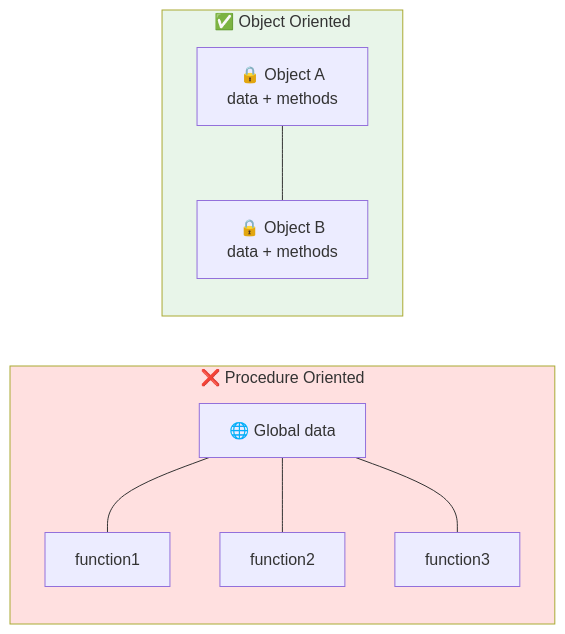
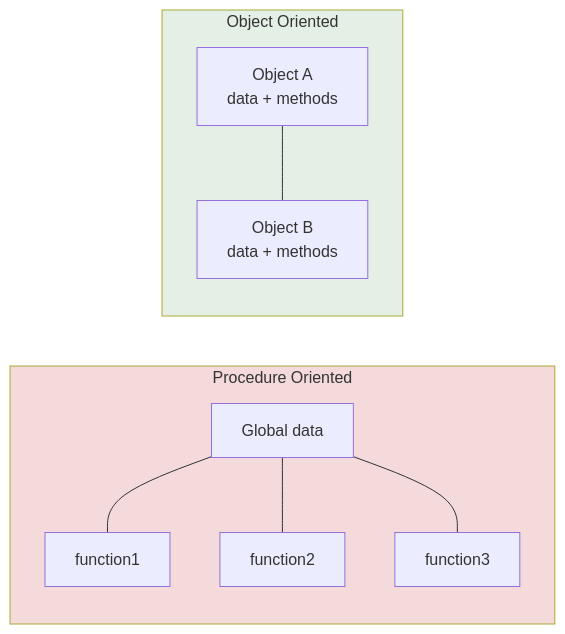
One commit to kundankumarsharma56/Leaning-Java changed the second of 2 diagrams in src/Theory/05-OOPS-Part-1/01-OOPS-Introduction.md. Above: the diagram before and after it, drawn with Mermaid. The commit also changed other lines of this file and 84 other files, not shown here.

````diff
--- a/src/Theory/05-OOPS-Part-1/01-OOPS-Introduction.md
+++ b/src/Theory/05-OOPS-Part-1/01-OOPS-Introduction.md
@@ -57,13 +55,13 @@
 ```mermaid
 flowchart LR
-    subgraph POP["❌ Procedure Oriented"]
-        D1["🌐 Global data"] --- F1["function1"]
+    subgraph POP["Procedure Oriented"]
+        D1["Global data"] --- F1["function1"]
         D1 --- F2["function2"]
         D1 --- F3["function3"]
     end
-    subgraph OOP["✅ Object Oriented"]
-        O1["🔒 Object A<br/>data + methods"] --- O2["🔒 Object B<br/>data + methods"]
+    subgraph OOP["Object Oriented"]
+        O1["Object A<br/>data + methods"] --- O2["Object B<br/>data + methods"]
     end
-    style POP fill:#ffe0e0
-    style OOP fill:#e8f5e9
+    style POP fill:#f4dada
+    style OOP fill:#e4efe6
 ```
````
